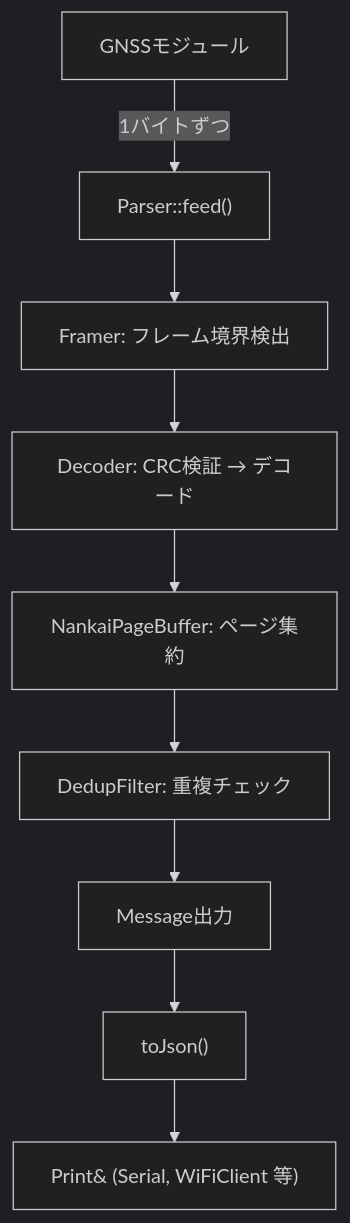
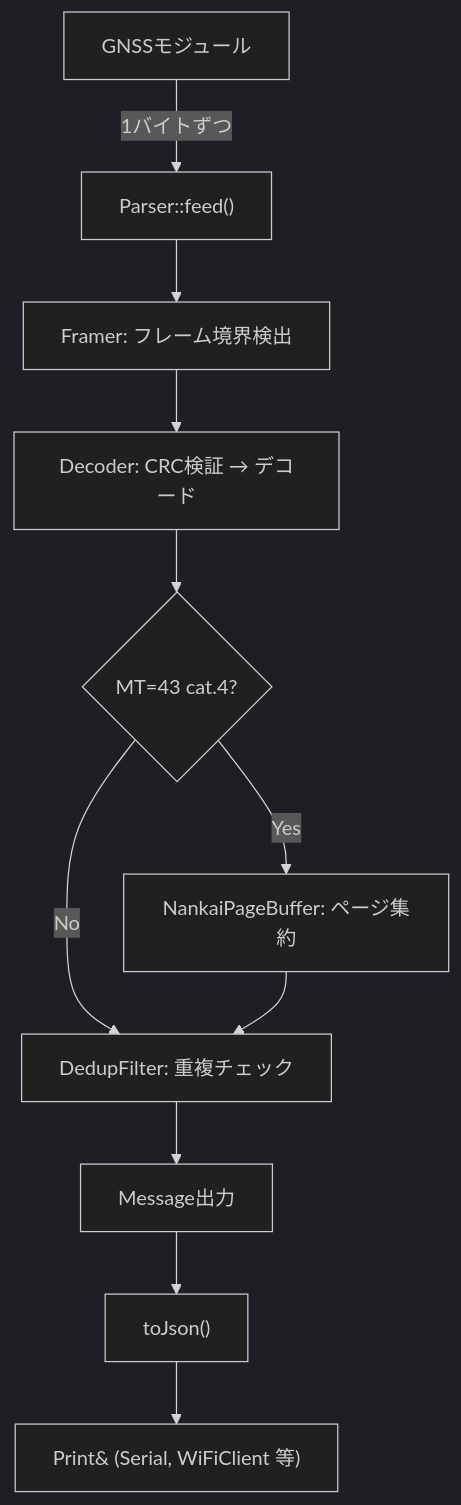
One commit to A-vrice/azaraC changed the third of 3 diagrams in docs/architecture.md. Above: the diagram before and after it, drawn with Mermaid (dark theme). The commit also changed other lines of this file and 1 other file, not shown here.

````diff
--- a/docs/architecture.md
+++ b/docs/architecture.md
@@ -97,11 +98,13 @@
 ```mermaid
 graph TD
     A["GNSSモジュール"] -->|"1バイトずつ"| B["Parser::feed()"]
     B --> C["Framer: フレーム境界検出"]
     C --> D["Decoder: CRC検証 → デコード"]
-    D --> E["NankaiPageBuffer: ページ集約"]
-    E --> F["DedupFilter: 重複チェック"]
+    D --> E{"MT=43 cat.4?"}
+    E -->|"Yes"| E2["NankaiPageBuffer: ページ集約"]
+    E -->|"No"| F["DedupFilter: 重複チェック"]
+    E2 --> F
     F --> G["Message出力"]
     G --> H["toJson()"]
     H --> I["Print& (Serial, WiFiClient 等)"]
 ```
````
